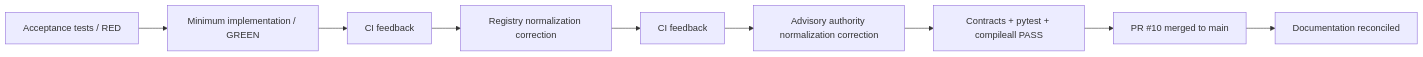
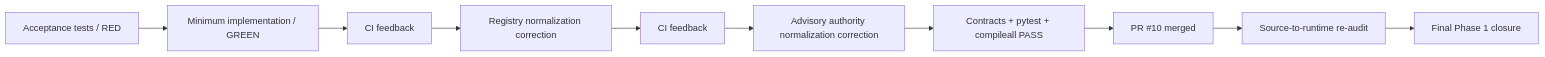
Before and after one commit to mkleinbe/mesh-ai-agent-cos-universe: the diagram in docs/phase-1-remediation-completion-2026-08-17.md, drawn with Mermaid. The commit also changed other lines of this file, not shown here.

Commit message:
docs: preserve remediation history and link final closure

````diff
--- a/docs/phase-1-remediation-completion-2026-08-17.md
+++ b/docs/phase-1-remediation-completion-2026-08-17.md
@@ -7,11 +9,12 @@
 ```mermaid
 flowchart LR
     RED[Acceptance tests / RED] --> GREEN[Minimum implementation / GREEN]
     GREEN --> CI1[CI feedback]
     CI1 --> FIX1[Registry normalization correction]
     FIX1 --> CI2[CI feedback]
     CI2 --> FIX2[Advisory authority normalization correction]
     FIX2 --> PASS[Contracts + pytest + compileall PASS]
-    PASS --> MERGE[PR #10 merged to main]
-    MERGE --> DOCS[Documentation reconciled]
+    PASS --> MERGE[PR #10 merged]
+    MERGE --> AUDIT[Source-to-runtime re-audit]
+    AUDIT --> FINAL[Final Phase 1 closure]
 ```
````
